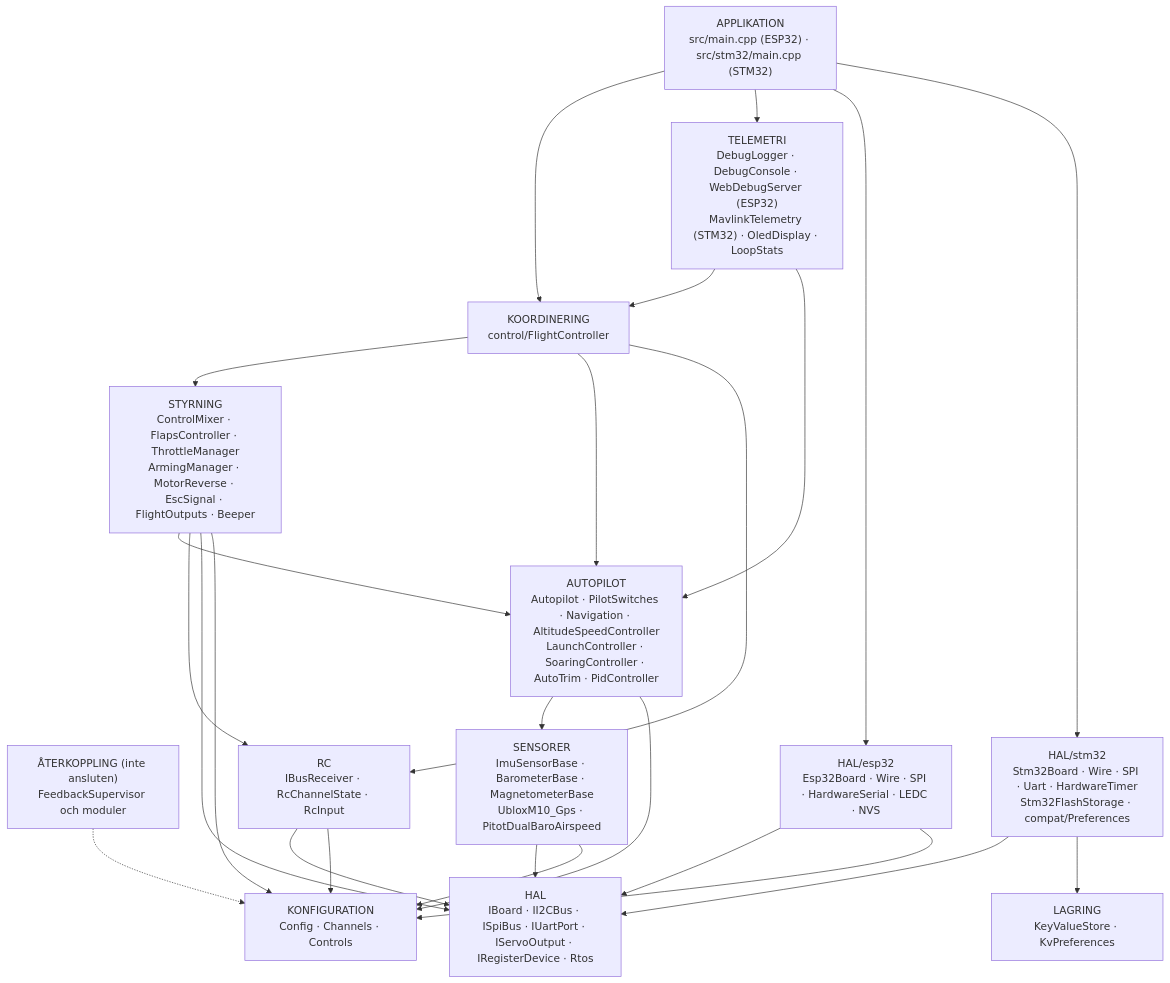
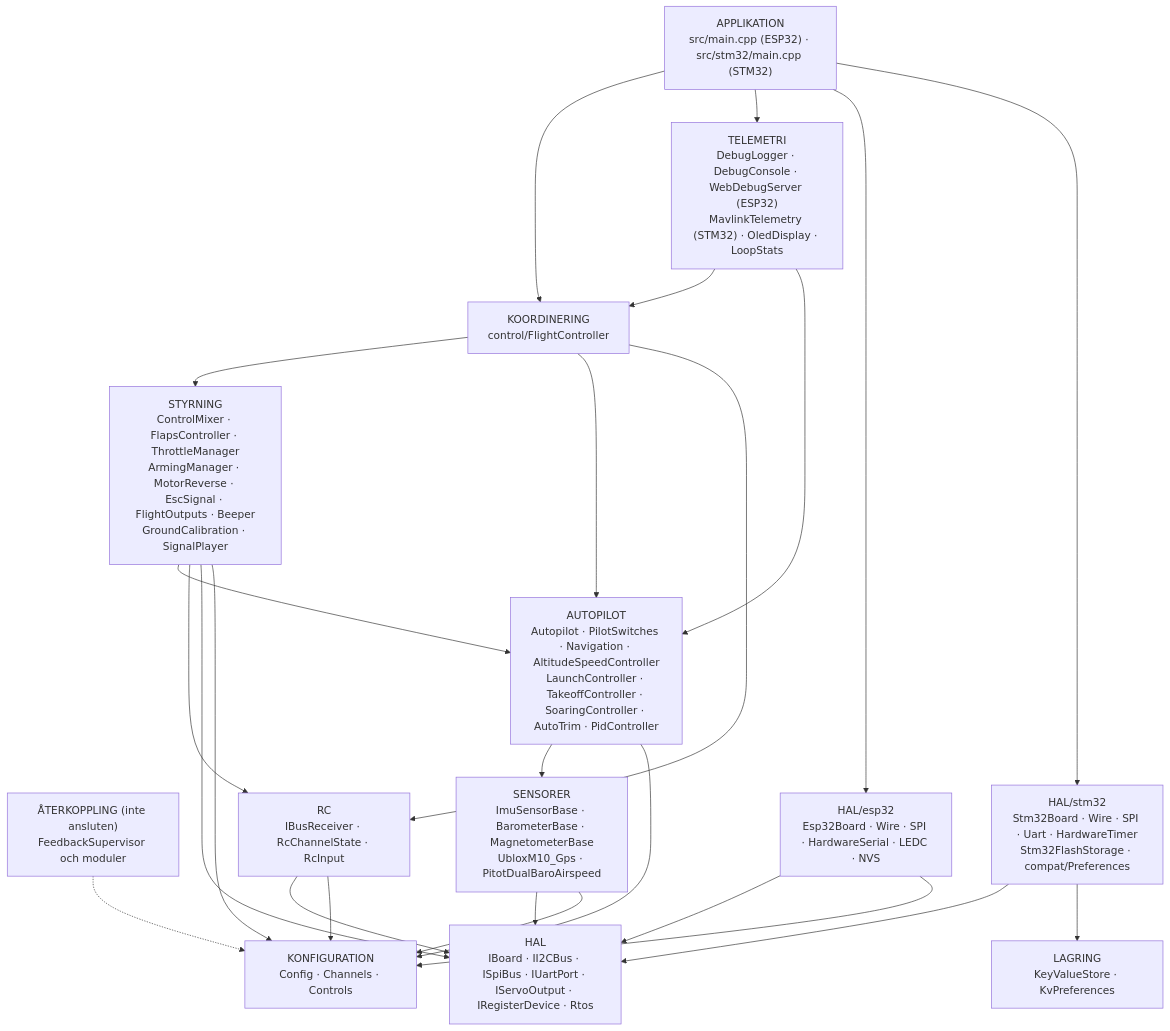
Before and after one commit to damir-lebedev/OpenPlaneProject: the first of 12 diagrams in docs/i18n/sv/ARCHITECTURE.md, drawn with Mermaid. The commit also changed other lines of this file and 215 other files, not shown here.

````diff
--- a/docs/i18n/sv/ARCHITECTURE.md
+++ b/docs/i18n/sv/ARCHITECTURE.md
@@ -62,41 +62,41 @@
 ```mermaid
 flowchart TD
     APP["APPLIKATION<br/>src/main.cpp (ESP32) · src/stm32/main.cpp (STM32)"]
     COORD["KOORDINERING<br/>control/FlightController"]
     TELE["TELEMETRI<br/>DebugLogger · DebugConsole · WebDebugServer (ESP32)<br/>MavlinkTelemetry (STM32) · OledDisplay · LoopStats"]
-    CTRL["STYRNING<br/>ControlMixer · FlapsController · ThrottleManager<br/>ArmingManager · MotorReverse · EscSignal · FlightOutputs · Beeper"]
-    AP["AUTOPILOT<br/>Autopilot · PilotSwitches · Navigation · AltitudeSpeedController<br/>LaunchController · SoaringController · AutoTrim · PidController"]
+    CTRL["STYRNING<br/>ControlMixer · FlapsController · ThrottleManager<br/>ArmingManager · MotorReverse · EscSignal · FlightOutputs · Beeper<br/>GroundCalibration · SignalPlayer"]
+    AP["AUTOPILOT<br/>Autopilot · PilotSwitches · Navigation · AltitudeSpeedController<br/>LaunchController · TakeoffController · SoaringController · AutoTrim · PidController"]
     FB["ÅTERKOPPLING (inte ansluten)<br/>FeedbackSupervisor och moduler"]
     RC["RC<br/>IBusReceiver · RcChannelState · RcInput"]
     SENS["SENSORER<br/>ImuSensorBase · BarometerBase · MagnetometerBase<br/>UbloxM10_Gps · PitotDualBaroAirspeed"]
     HAL["HAL<br/>IBoard · II2CBus · ISpiBus · IUartPort · IServoOutput · IRegisterDevice · Rtos"]
     STORE["LAGRING<br/>KeyValueStore · KvPreferences"]
     ESP["HAL/esp32<br/>Esp32Board · Wire · SPI · HardwareSerial · LEDC · NVS"]
     STM["HAL/stm32<br/>Stm32Board · Wire · SPI · Uart · HardwareTimer<br/>Stm32FlashStorage · compat/Preferences"]
     CFG["KONFIGURATION<br/>Config · Channels · Controls"]
 
     APP --> COORD
     APP --> TELE
     APP --> ESP
     APP --> STM
     TELE --> COORD
     TELE --> AP
     COORD --> CTRL
     COORD --> AP
     COORD --> RC
     CTRL --> AP
     CTRL --> RC
     CTRL --> HAL
     AP --> SENS
     RC --> HAL
     SENS --> HAL
     ESP --> HAL
     STM --> HAL
     STM --> STORE
     FB -.-> CFG
     AP --> CFG
     CTRL --> CFG
     RC --> CFG
     SENS --> CFG
     ESP --> CFG
 ```
````
